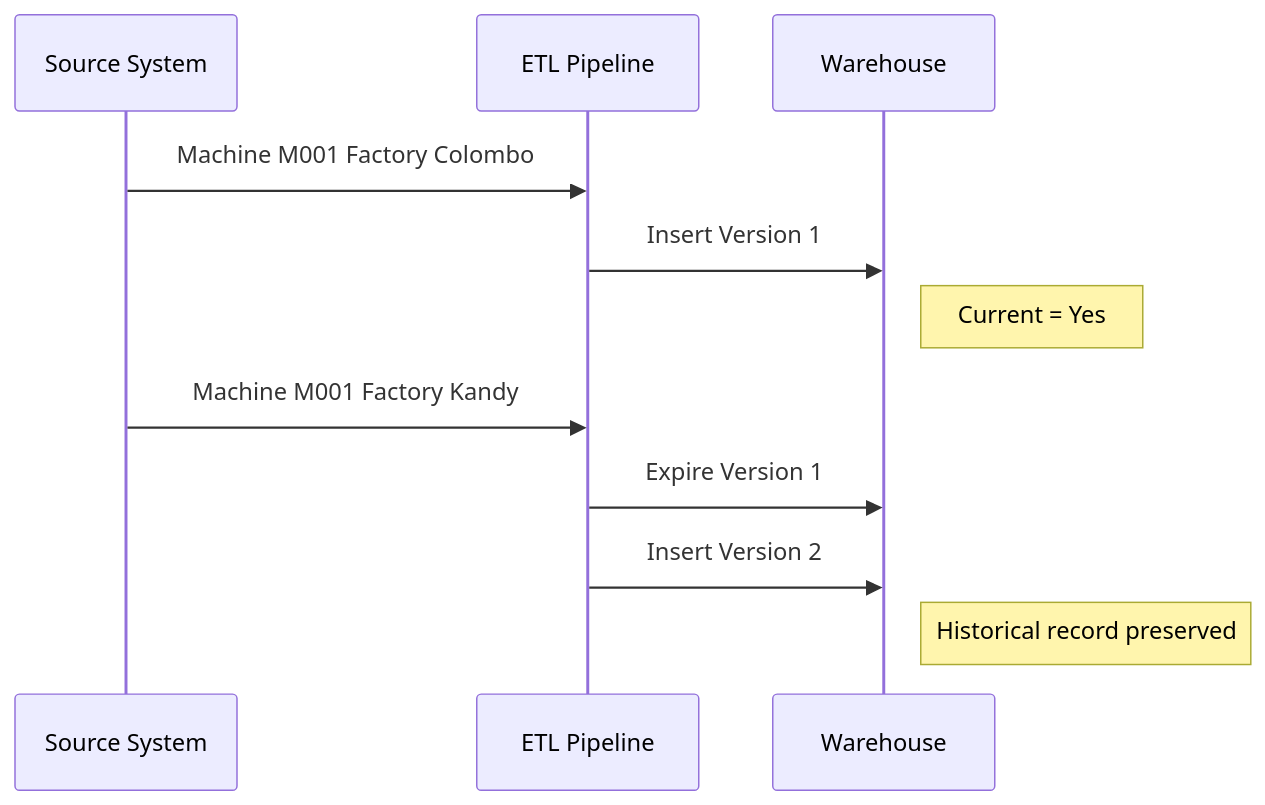
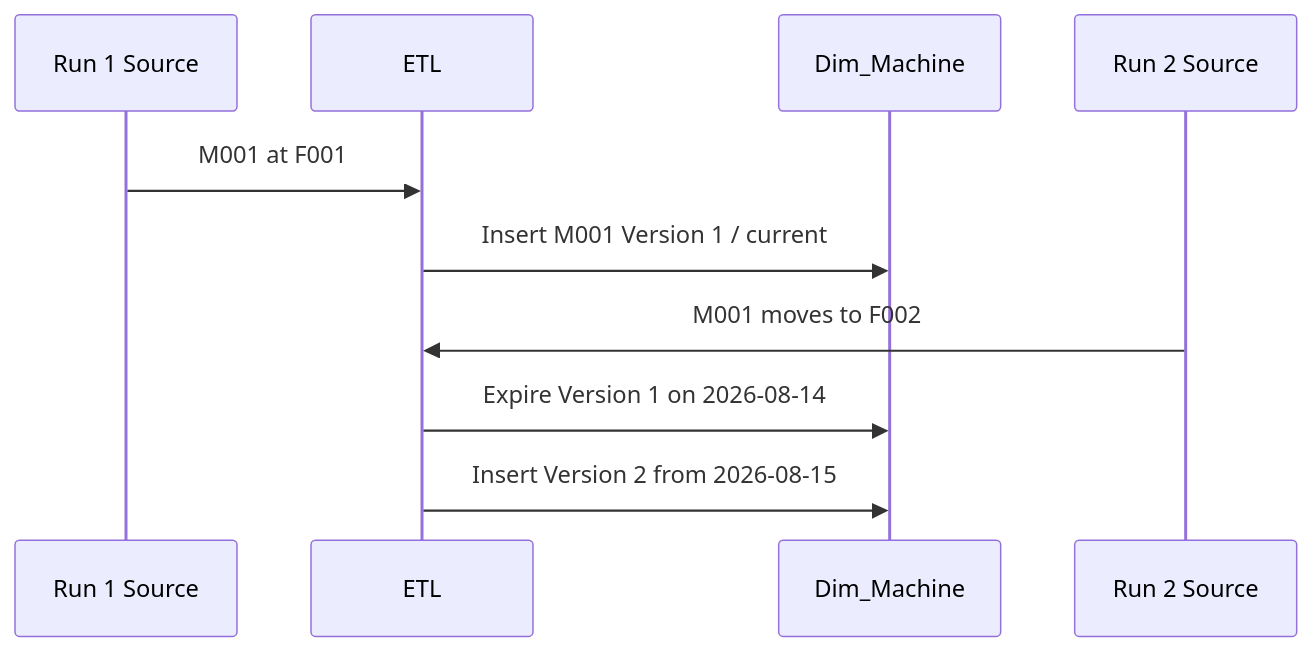
One commit to akindaG/Enterprise-Manufacturing-Data-Warehouse changed the fifth of 5 diagrams in README.md. Above: the diagram before and after it, drawn with Mermaid. The commit also changed other lines of this file and 28 other files, not shown here.

````diff
--- a/README.md
+++ b/README.md
@@ -199,15 +188,13 @@
 ```mermaid
 sequenceDiagram
-    participant S as Source System
-    participant E as ETL Pipeline
-    participant W as Warehouse
+    participant R1 as Run 1 Source
+    participant ETL as ETL
+    participant DW as Dim_Machine
+    participant R2 as Run 2 Source
 
-    S->>E: Machine M001 Factory Colombo
-    E->>W: Insert Version 1
-    Note right of W: Current = Yes
-
-    S->>E: Machine M001 Factory Kandy
-    E->>W: Expire Version 1
-    E->>W: Insert Version 2
-    Note right of W: Historical record preserved
+    R1->>ETL: M001 at F001
+    ETL->>DW: Insert M001 Version 1 / current
+    R2->>ETL: M001 moves to F002
+    ETL->>DW: Expire Version 1 on 2026-08-14
+    ETL->>DW: Insert Version 2 from 2026-08-15
 ```
````
